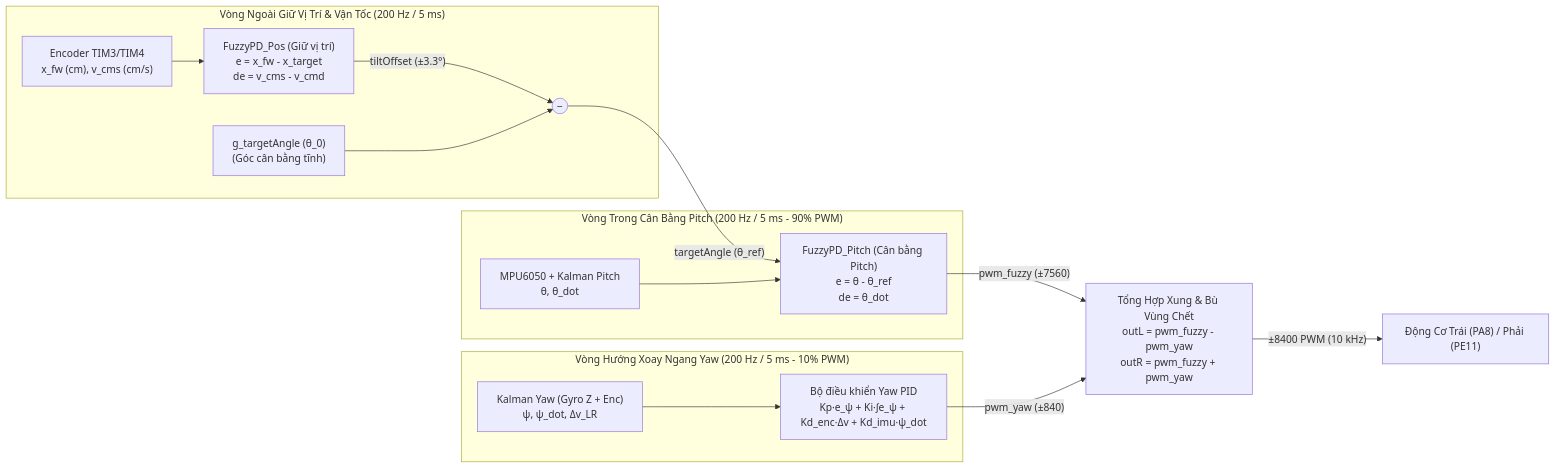
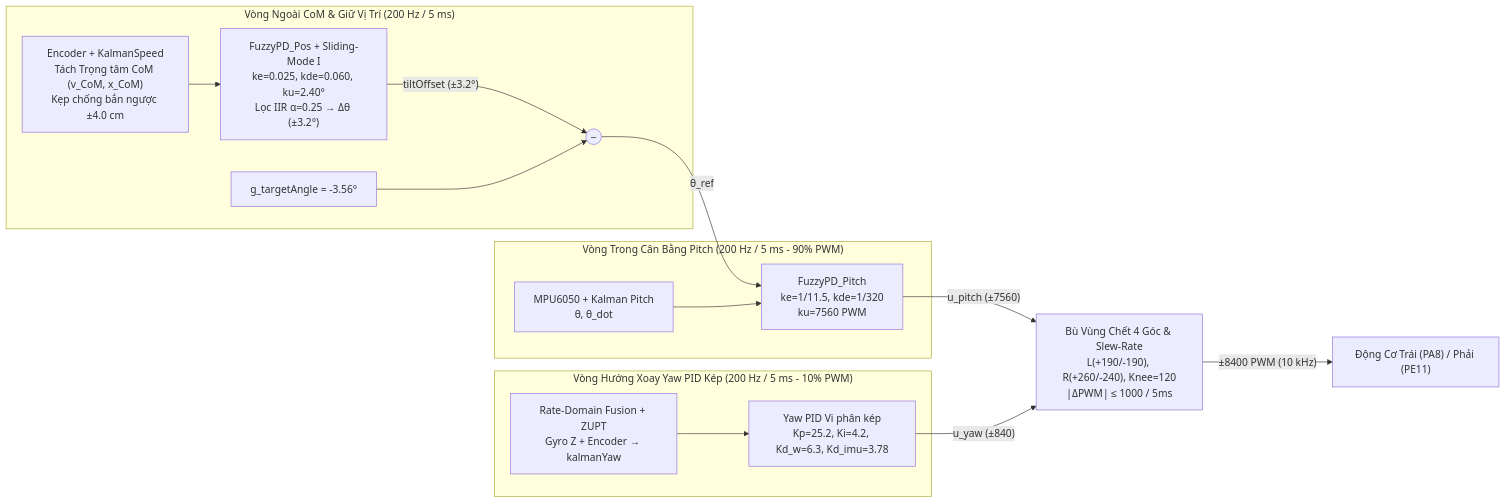
One commit to nguyentrongtri-05/balance-robot changed the diagram in README.md. Above: the diagram before and after it, drawn with Mermaid. The commit also changed other lines of this file and 1 other file, not shown here.

````diff
--- a/README.md
+++ b/README.md
@@ -83,21 +82,21 @@
 ```mermaid
 flowchart LR
-    subgraph OUTER["Vòng Ngoài Giữ Vị Trí & Vận Tốc (200 Hz / 5 ms)"]
-        ENC["Encoder TIM3/TIM4<br/>x_fw (cm), v_cms (cm/s)"] --> FPOS["FuzzyPD_Pos (Giữ vị trí)<br/>e = x_fw - x_target<br/>de = v_cms - v_cmd"]
-        FPOS -->|"tiltOffset (±3.3°)"| SUM_ANG(("−"))
-        TH0["g_targetAngle (θ_0)<br/>(Góc cân bằng tĩnh)"] --> SUM_ANG
+    subgraph OUTER["Vòng Ngoài CoM & Giữ Vị Trí (200 Hz / 5 ms)"]
+        ENC["Encoder + KalmanSpeed<br/>Tách Trọng tâm CoM (v_CoM, x_CoM)<br/>Kẹp chống bắn ngược ±4.0 cm"] --> FPOS["FuzzyPD_Pos + Sliding-Mode I<br/>ke=0.025, kde=0.060, ku=2.40°<br/>Lọc IIR α=0.25 → Δθ (±3.2°)"]
+        FPOS -->|"tiltOffset (±3.2°)"| SUM_ANG(("−"))
+        TH0["g_targetAngle = -3.56°"] --> SUM_ANG
     end
 
     subgraph INNER["Vòng Trong Cân Bằng Pitch (200 Hz / 5 ms - 90% PWM)"]
-        SUM_ANG -->|"targetAngle (θ_ref)"| FPITCH["FuzzyPD_Pitch (Cân bằng Pitch)<br/>e = θ - θ_ref<br/>de = θ_dot"]
+        SUM_ANG -->|"θ_ref"| FPITCH["FuzzyPD_Pitch<br/>ke=1/11.5, kde=1/320<br/>ku=7560 PWM"]
         IMU["MPU6050 + Kalman Pitch<br/>θ, θ_dot"] --> FPITCH
     end
 
-    subgraph YAW["Vòng Hướng Xoay Ngang Yaw (200 Hz / 5 ms - 10% PWM)"]
-        YAW_SENS["Kalman Yaw (Gyro Z + Enc)<br/>ψ, ψ_dot, Δv_LR"] --> YPID["Bộ điều khiển Yaw PID<br/>Kp·e_ψ + Ki·∫e_ψ + Kd_enc·Δv + Kd_imu·ψ_dot"]
+    subgraph YAW["Vòng Hướng Xoay Yaw PID Kép (200 Hz / 5 ms - 10% PWM)"]
+        YAW_SENS["Rate-Domain Fusion + ZUPT<br/>Gyro Z + Encoder → kalmanYaw"] --> YPID["Yaw PID Vi phân kép<br/>Kp=25.2, Ki=4.2, Kd_w=6.3, Kd_imu=3.78"]
     end
 
-    FPITCH -->|"pwm_fuzzy (±7560)"| MIX["Tổng Hợp Xung & Bù Vùng Chết<br/>outL = pwm_fuzzy - pwm_yaw<br/>outR = pwm_fuzzy + pwm_yaw"]
-    YPID -->|"pwm_yaw (±840)"| MIX
+    FPITCH -->|"u_pitch (±7560)"| MIX["Bù Vùng Chết 4 Góc & Slew-Rate<br/>L(+190/-190), R(+260/-240), Knee=120<br/>|ΔPWM| ≤ 1000 / 5ms"]
+    YPID -->|"u_yaw (±840)"| MIX
     MIX -->|"±8400 PWM (10 kHz)"| MOT["Động Cơ Trái (PA8) / Phải (PE11)"]
 ```
````
